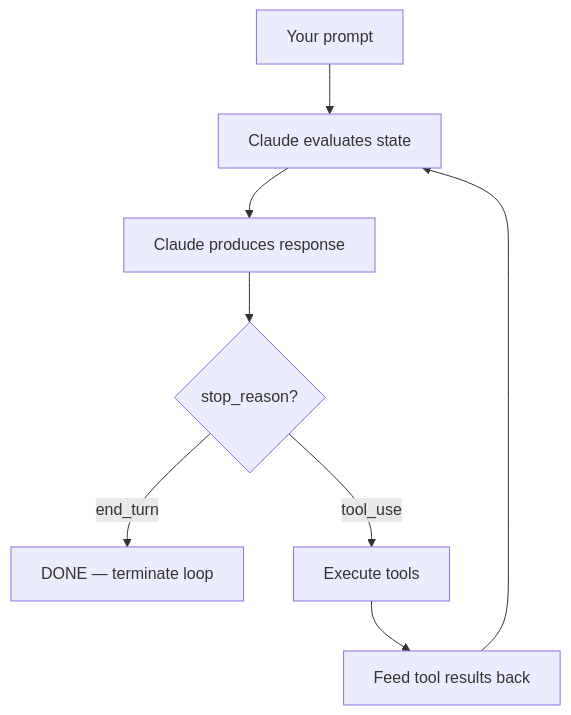
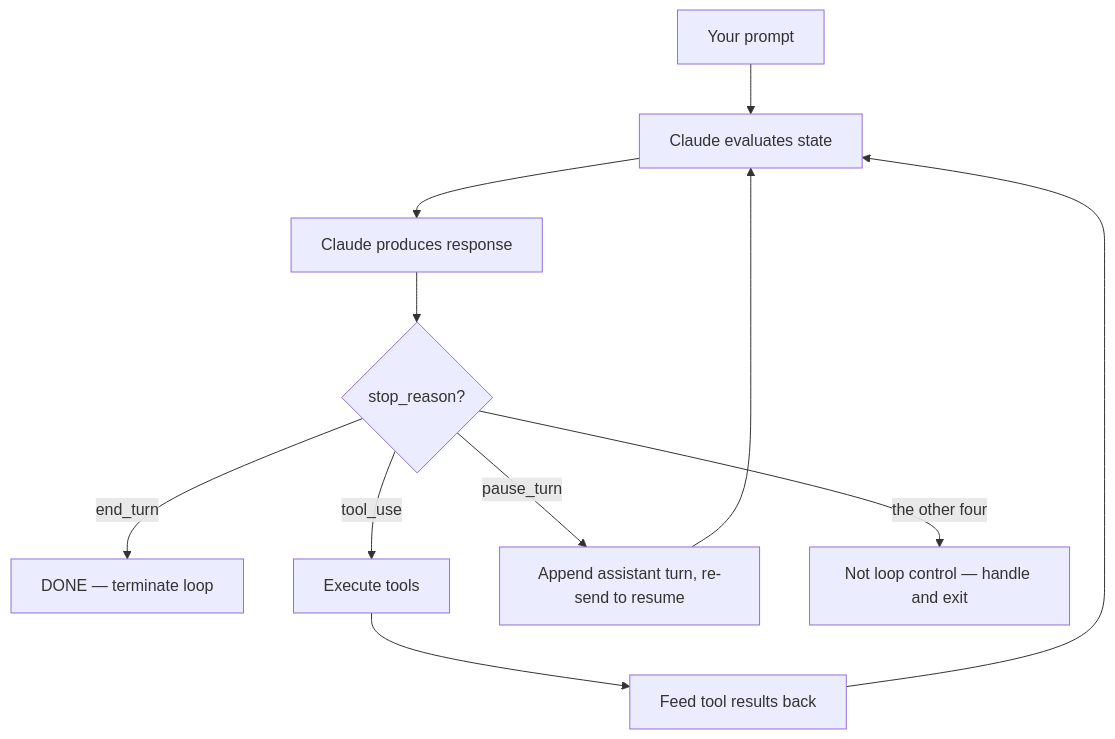
Before and after one commit to thanghoangnguyen-kms/cca-f: the first of 5 diagrams in 03 - Domains/D1 - Agentic Architecture & Orchestration.md, drawn with Mermaid. The commit also changed other lines of this file and 37 other files, not shown here.

````diff
--- a/03 - Domains/D1 - Agentic Architecture & Orchestration.md
+++ b/03 - Domains/D1 - Agentic Architecture & Orchestration.md
@@ -30,10 +30,13 @@
 ```mermaid
 flowchart TD
     A["Your prompt"] --> B["Claude evaluates state"]
     B --> C["Claude produces response"]
     C --> D{"stop_reason?"}
     D -->|"end_turn"| E["DONE — terminate loop"]
     D -->|"tool_use"| F["Execute tools"]
     F --> G["Feed tool results back"]
     G --> B
+    D -->|"pause_turn"| H["Append assistant turn, re-send to resume"]
+    H --> B
+    D -->|"the other four"| I["Not loop control — handle and exit"]
 ```
````
